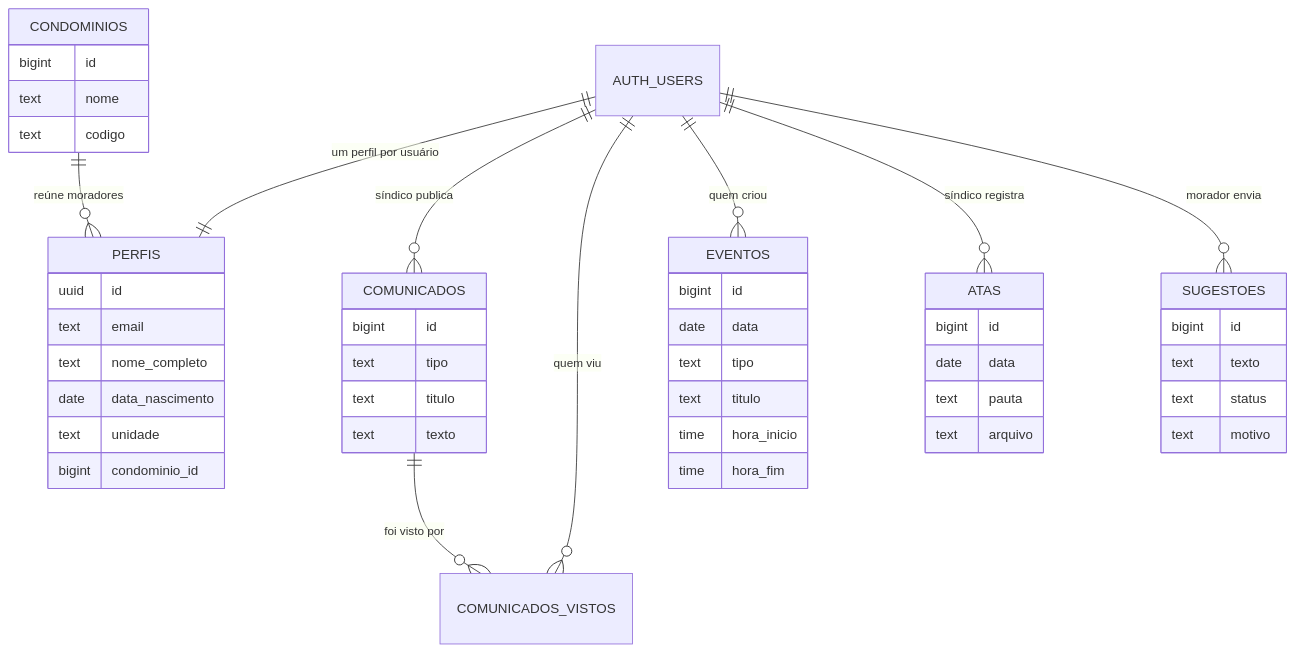
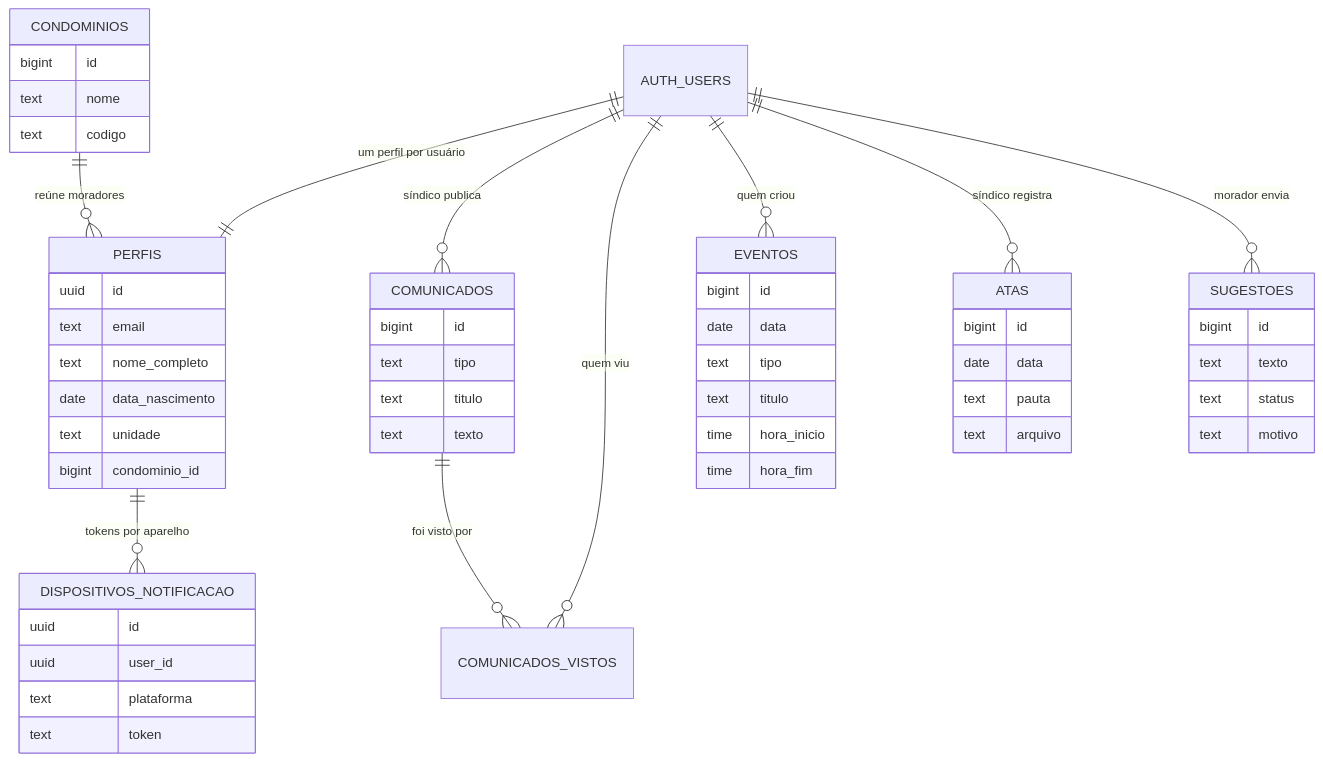
One commit to cond-owl/cond-owl changed the second of 3 diagrams in supabase/docs/mapa-das-tabelas.md. Above: the diagram before and after it, drawn with Mermaid. The commit also changed other lines of this file and 16 other files, not shown here.

````diff
--- a/supabase/docs/mapa-das-tabelas.md
+++ b/supabase/docs/mapa-das-tabelas.md
@@ -50,50 +54,57 @@
 ```mermaid
 erDiagram
     AUTH_USERS ||--|| PERFIS : "um perfil por usuário"
+    PERFIS ||--o{ DISPOSITIVOS_NOTIFICACAO : "tokens por aparelho"
     CONDOMINIOS ||--o{ PERFIS : "reúne moradores"
     AUTH_USERS ||--o{ COMUNICADOS : "síndico publica"
     COMUNICADOS ||--o{ COMUNICADOS_VISTOS : "foi visto por"
     AUTH_USERS ||--o{ COMUNICADOS_VISTOS : "quem viu"
     AUTH_USERS ||--o{ EVENTOS : "quem criou"
     AUTH_USERS ||--o{ ATAS : "síndico registra"
     AUTH_USERS ||--o{ SUGESTOES : "morador envia"
     PERFIS {
         uuid id
         text email
         text nome_completo
         date data_nascimento
         text unidade
         bigint condominio_id
+    }
+    DISPOSITIVOS_NOTIFICACAO {
+        uuid id
+        uuid user_id
+        text plataforma
+        text token
     }
     CONDOMINIOS {
         bigint id
         text nome
         text codigo
     }
     COMUNICADOS {
         bigint id
         text tipo
         text titulo
         text texto
     }
     EVENTOS {
         bigint id
         date data
         text tipo
         text titulo
         time hora_inicio
         time hora_fim
     }
     ATAS {
         bigint id
         date data
         text pauta
         text arquivo
     }
     SUGESTOES {
         bigint id
         text texto
         text status
         text motivo
     }
 ```
````
